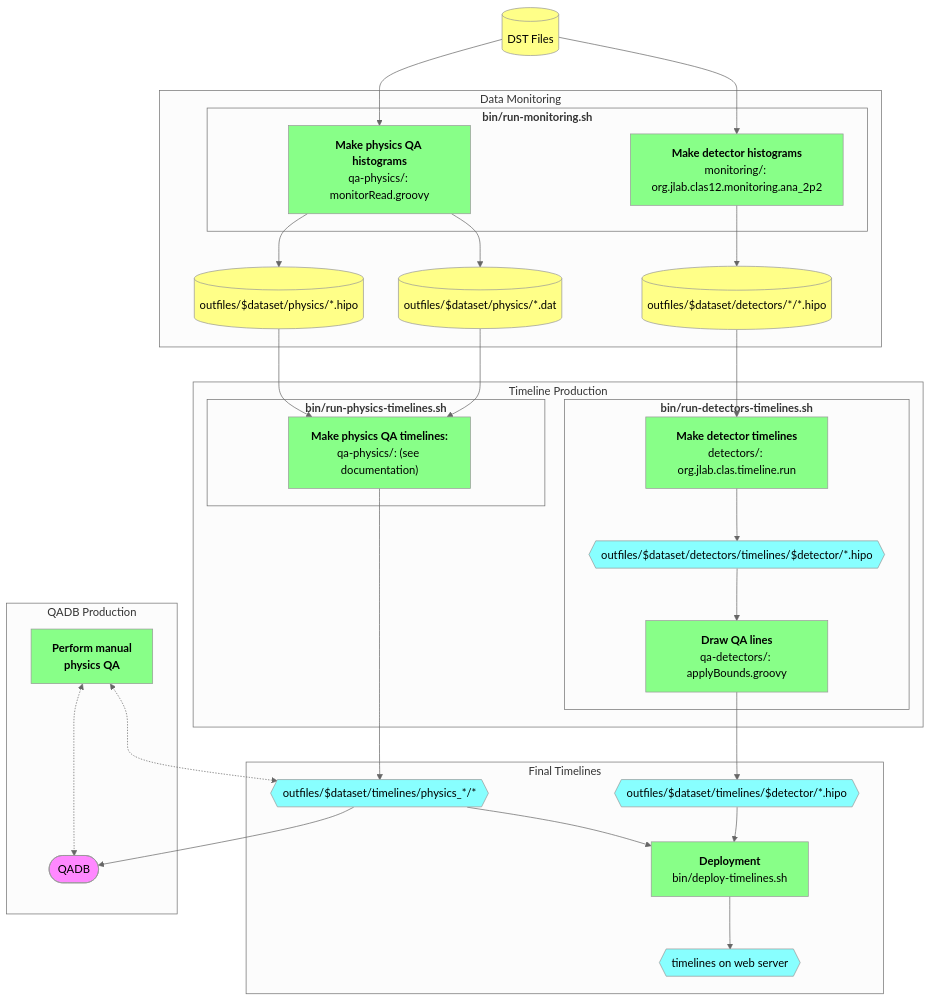
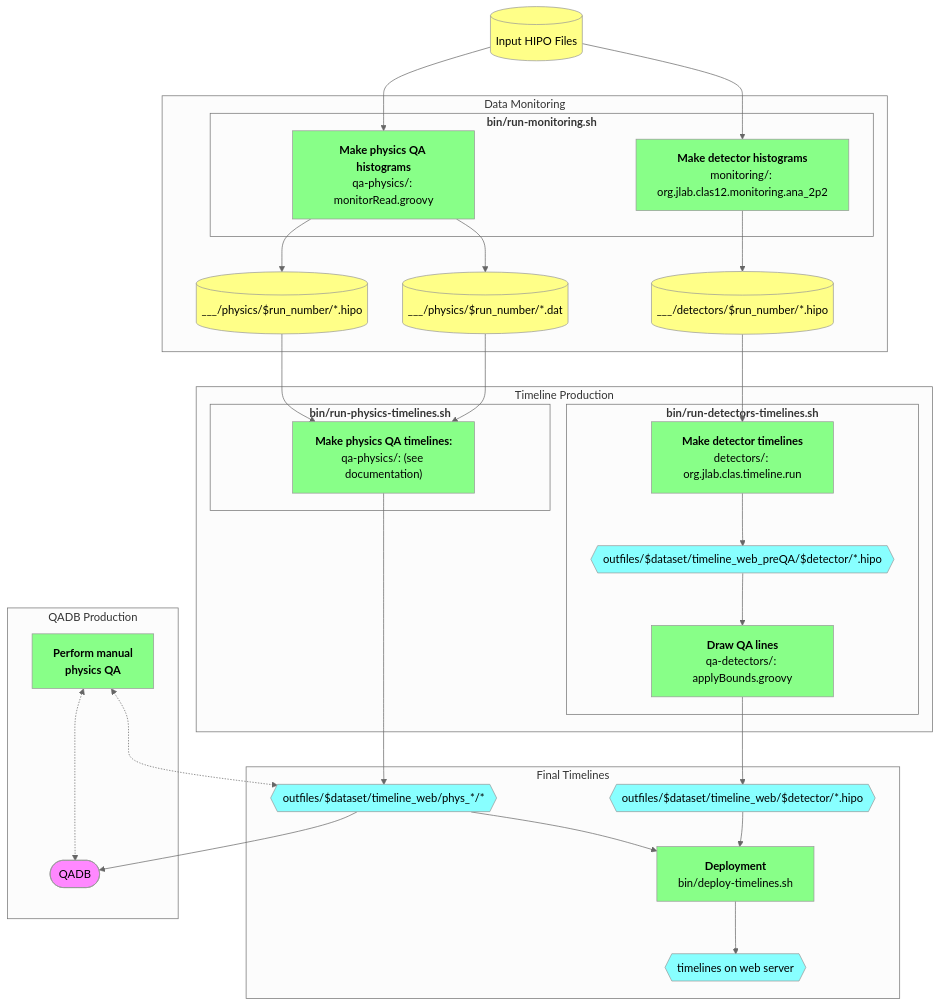
Before and after one commit to JeffersonLab/clas12-timeline: the diagram in README.md, drawn with Mermaid (neutral theme). The commit also changed other lines of this file and 35 other files, not shown here.

````diff
--- a/README.md
+++ b/README.md
@@ -75,57 +87,57 @@
 ```mermaid
 flowchart TB
 
     classDef proc     fill:#8f8,color:black
     classDef data     fill:#ff8,color:black
     classDef misc     fill:#f8f,color:black
     classDef timeline fill:#8ff,color:black
 
-    dst[(DST Files)]:::data
+    dst[(Input HIPO Files)]:::data
 
     subgraph Data Monitoring
         subgraph "<strong>bin/run-monitoring.sh</strong>"
             monitorDetectors["<strong>Make detector histograms</strong><br/>monitoring/: org.jlab.clas12.monitoring.ana_2p2"]:::proc
             monitorPhysics["<strong>Make physics QA histograms</strong><br/>qa-physics/: monitorRead.groovy"]:::proc
         end
-        outplots[(outfiles/$dataset/detectors/*/*.hipo)]:::data
-        outdat[(outfiles/$dataset/physics/*.dat)]:::data
-        outmon[(outfiles/$dataset/physics/*.hipo)]:::data
+        outplots[(___/detectors/$run_number/*.hipo)]:::data
+        outdat[(___/physics/$run_number/*.dat)]:::data
+        outmon[(___/physics/$run_number/*.hipo)]:::data
     end
     dst --> monitorDetectors
     dst --> monitorPhysics
     monitorDetectors --> outplots
     monitorPhysics   --> outdat
     monitorPhysics   --> outmon
 
     subgraph Timeline Production
         subgraph "<strong>bin/run-detectors-timelines.sh</strong>"
             timelineDetectorsPreQA["<strong>Make detector timelines</strong><br/>detectors/: org.jlab.clas.timeline.run"]:::proc
-            outTimelineDetectorsPreQA{{outfiles/$dataset/detectors/timelines/$detector/*.hipo}}:::timeline
+            outTimelineDetectorsPreQA{{outfiles/$dataset/timeline_web_preQA/$detector/*.hipo}}:::timeline
             timelineDetectors["<strong>Draw QA lines</strong><br/>qa-detectors/: applyBounds.groovy"]:::proc
         end
         subgraph "<strong>bin/run-physics-timelines.sh</strong>"
             timelinePhysics["<strong>Make physics QA timelines:</strong><br/>qa-physics/: (see documentation)"]:::proc
         end
     end
     subgraph Final Timelines
-        outTimelinePhysics{{outfiles/$dataset/timelines/physics_*/*}}:::timeline
-        outTimelineDetectors{{outfiles/$dataset/timelines/$detector/*.hipo}}:::timeline
+        outTimelinePhysics{{outfiles/$dataset/timeline_web/phys_*/*}}:::timeline
+        outTimelineDetectors{{outfiles/$dataset/timeline_web/$detector/*.hipo}}:::timeline
         deploy["<strong>Deployment</strong><br/>bin/deploy-timelines.sh"]:::proc
         timelineDir{{timelines on web server}}:::timeline
     end
     outplots --> timelineDetectorsPreQA --> outTimelineDetectorsPreQA --> timelineDetectors --> outTimelineDetectors
     outdat   --> timelinePhysics
     outmon   --> timelinePhysics
     timelinePhysics --> outTimelinePhysics
     outTimelineDetectors --> deploy
     outTimelinePhysics   --> deploy
     deploy --> timelineDir
 
     subgraph QADB Production
         qadb([QADB]):::misc
         manualQA[<strong>Perform manual<br/>physics QA</strong>]:::proc
     end
     outTimelinePhysics   --> qadb
     manualQA <-.-> outTimelinePhysics
     manualQA <-.-> qadb
 ```
````
